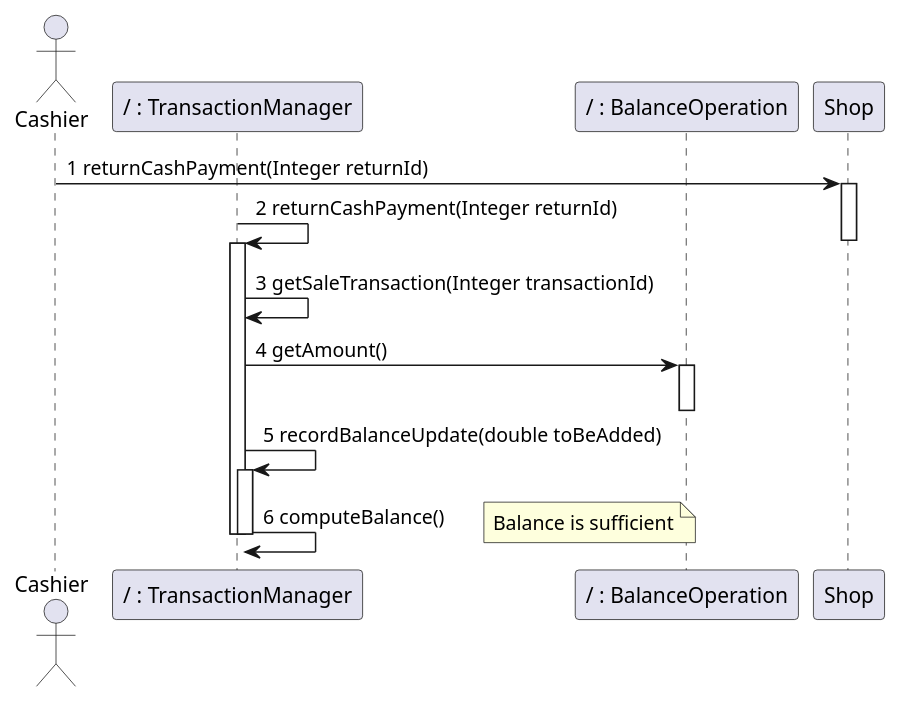
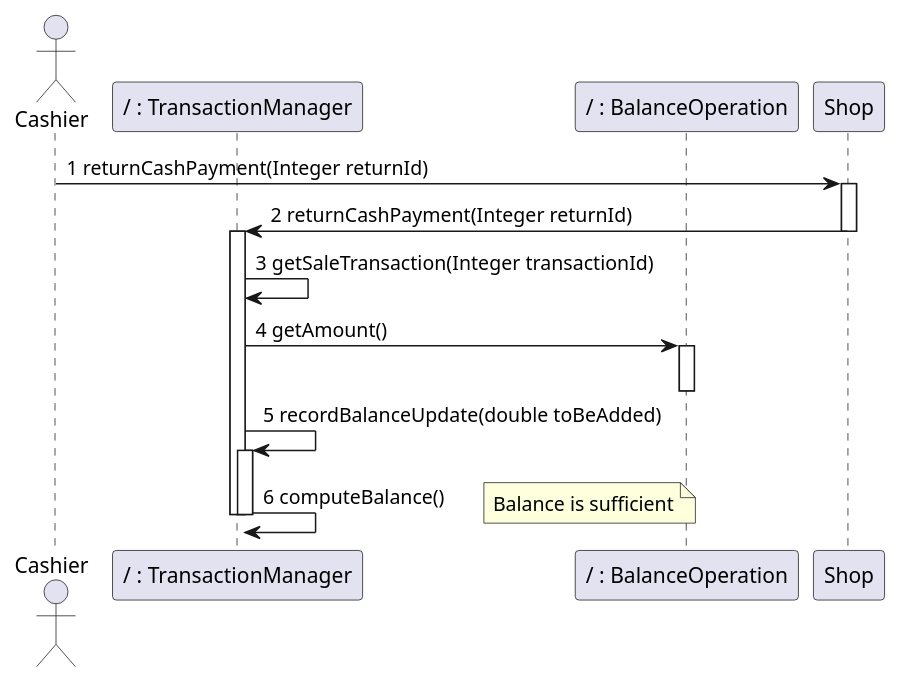
One commit to nicolabattaglino/ezshop changed diagram 32 of 32 in Deliverables/DesignDocument.md. Above: the diagram before and after it, drawn with PlantUML. The commit also changed other lines of this file, not shown here.

Commit message:
formatting

````diff
--- a/Deliverables/DesignDocument.md
+++ b/Deliverables/DesignDocument.md
@@ -1484,24 +1484,24 @@
 ```plantuml
 @startuml
 
 
 actor Cashier
 participant "/ : TransactionManager" as TransactionManager
 participant "/ : BalanceOperation" as BalanceOperation
 Cashier -> Shop :1 returnCashPayment(Integer returnId)
 activate Shop
-TransactionManager -> TransactionManager:2 returnCashPayment(Integer returnId)
+Shop -> TransactionManager:2 returnCashPayment(Integer returnId)
 deactivate Shop
 activate TransactionManager
 TransactionManager-> TransactionManager:3 getSaleTransaction(Integer transactionId)
 TransactionManager-> BalanceOperation:4 getAmount()
 activate BalanceOperation
 deactivate BalanceOperation
 TransactionManager -> TransactionManager:5 recordBalanceUpdate(double toBeAdded)
 activate TransactionManager
 TransactionManager -> TransactionManager:6 computeBalance()
 deactivate TransactionManager
 note right: Balance is sufficient
 deactivate TransactionManager
 @enduml
 ```
````
